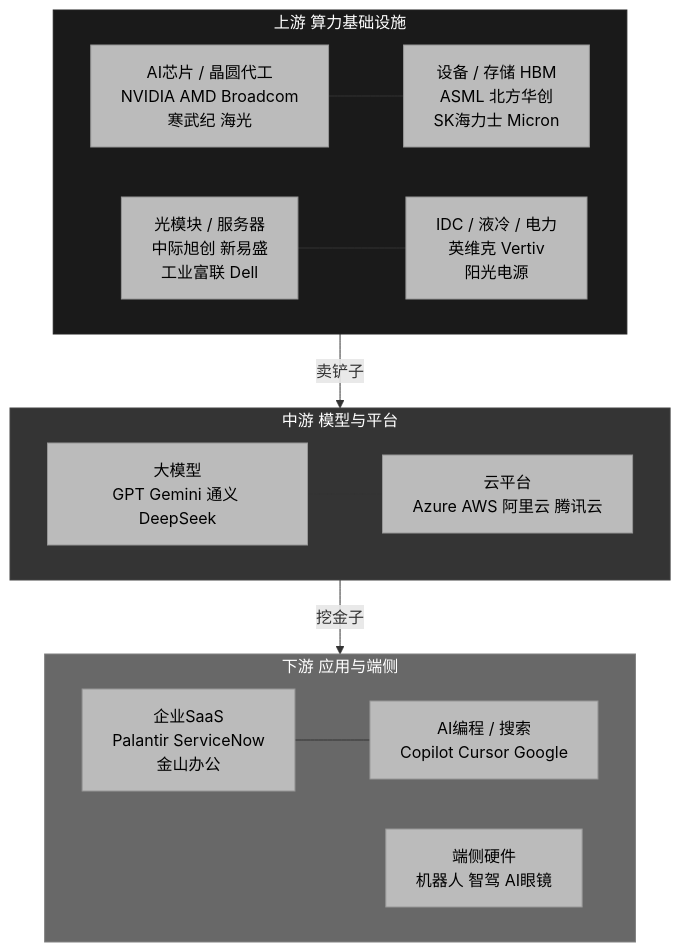
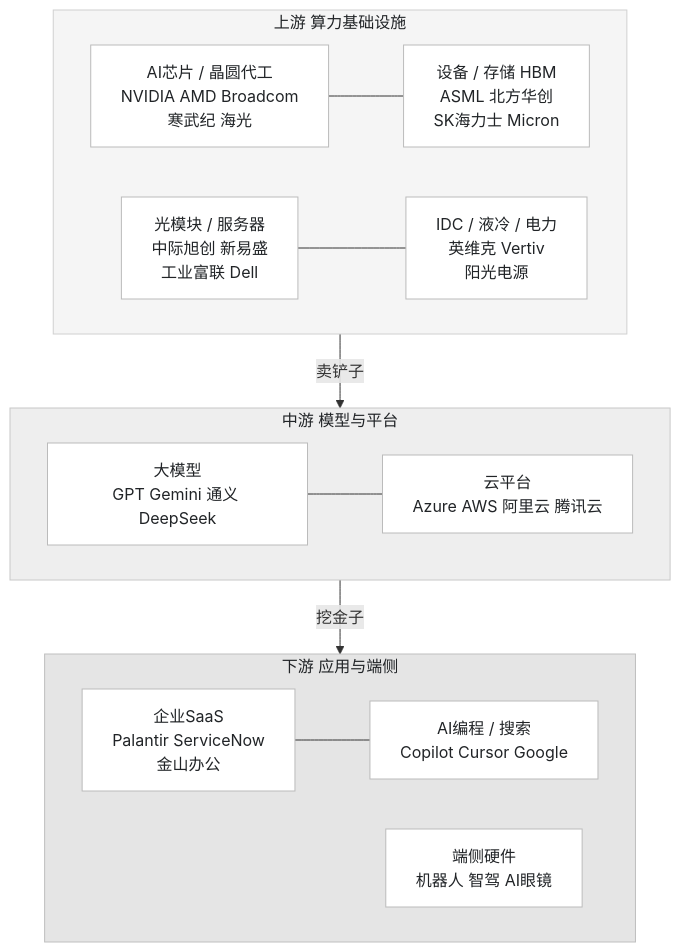
The first of 7 diagrams in skills/writing/mermaid-diagram/tests/bain-style-test.md (harveyzhang814/harveyz-skill), drawn with Mermaid before and after one commit. The commit also changed other lines of this file and 2 other files, not shown here.

Commit message:
fix(mermaid/bain): subgraph to weak light-gray backgrounds
Bain subgraph: dark surface.dark backgrounds → light-gray (#F5F5F5–#E5E5E5).
Nodes: neutral → white card (#FFFFFF, stroke:#BBBBBB). Subgraph provides
subtle grouping; node color encodes entity type.

````diff
--- a/skills/writing/mermaid-diagram/tests/bain-style-test.md
+++ b/skills/writing/mermaid-diagram/tests/bain-style-test.md
@@ -10,32 +10,32 @@
 ```mermaid
 flowchart TD
     subgraph UP["上游 算力基础设施"]
         U1["AI芯片 / 晶圆代工<br/>NVIDIA AMD Broadcom<br/>寒武纪 海光"] --- U2["设备 / 存储 HBM<br/>ASML 北方华创<br/>SK海力士 Micron"]
         U3["光模块 / 服务器<br/>中际旭创 新易盛<br/>工业富联 Dell"]  --- U4["IDC / 液冷 / 电力<br/>英维克 Vertiv<br/>阳光电源"]
     end
 
     subgraph MID["中游 模型与平台"]
         M1["大模型<br/>GPT Gemini 通义 DeepSeek"] --- M2["云平台<br/>Azure AWS 阿里云 腾讯云"]
     end
 
     subgraph DOWN["下游 应用与端侧"]
         D1["企业SaaS<br/>Palantir ServiceNow<br/>金山办公"] --- D2["AI编程 / 搜索<br/>Copilot Cursor Google"]
         D3["端侧硬件<br/>机器人 智驾 AI眼镜"]
     end
 
     UP -->|"卖铲子"| MID
     MID -->|"挖金子"| DOWN
 
-    style UP   fill:#1A1A1A,color:#fff,stroke:#222222
-    style MID  fill:#343434,color:#fff,stroke:#444444
-    style DOWN fill:#686868,color:#fff,stroke:#828282
-    style U1 fill:#BBBBBB,color:#000,stroke:#969696
-    style U2 fill:#BBBBBB,color:#000,stroke:#969696
-    style U3 fill:#BBBBBB,color:#000,stroke:#969696
-    style U4 fill:#BBBBBB,color:#000,stroke:#969696
-    style M1 fill:#BBBBBB,color:#000,stroke:#969696
-    style M2 fill:#BBBBBB,color:#000,stroke:#969696
-    style D1 fill:#BBBBBB,color:#000,stroke:#969696
-    style D2 fill:#BBBBBB,color:#000,stroke:#969696
-    style D3 fill:#BBBBBB,color:#000,stroke:#969696
+    style UP   fill:#F5F5F5,color:#212427,stroke:#D0D0D0
+    style MID  fill:#EEEEEE,color:#212427,stroke:#C8C8C8
+    style DOWN fill:#E5E5E5,color:#212427,stroke:#BFBFBF
+    style U1 fill:#FFFFFF,color:#212427,stroke:#BBBBBB
+    style U2 fill:#FFFFFF,color:#212427,stroke:#BBBBBB
+    style U3 fill:#FFFFFF,color:#212427,stroke:#BBBBBB
+    style U4 fill:#FFFFFF,color:#212427,stroke:#BBBBBB
+    style M1 fill:#FFFFFF,color:#212427,stroke:#BBBBBB
+    style M2 fill:#FFFFFF,color:#212427,stroke:#BBBBBB
+    style D1 fill:#FFFFFF,color:#212427,stroke:#BBBBBB
+    style D2 fill:#FFFFFF,color:#212427,stroke:#BBBBBB
+    style D3 fill:#FFFFFF,color:#212427,stroke:#BBBBBB
 ```
````
